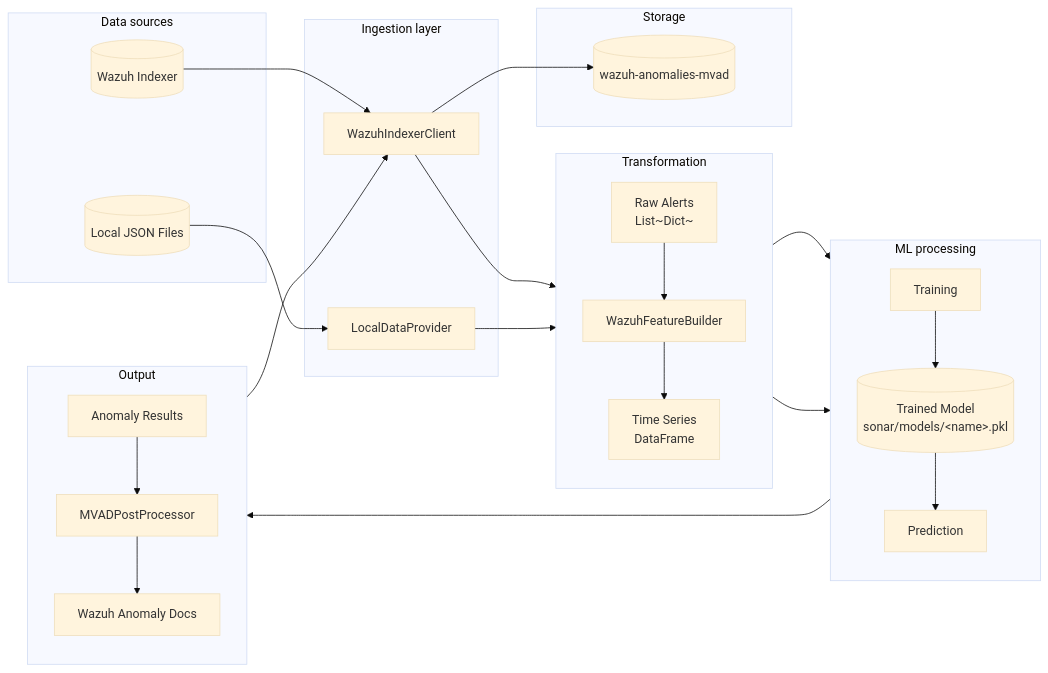
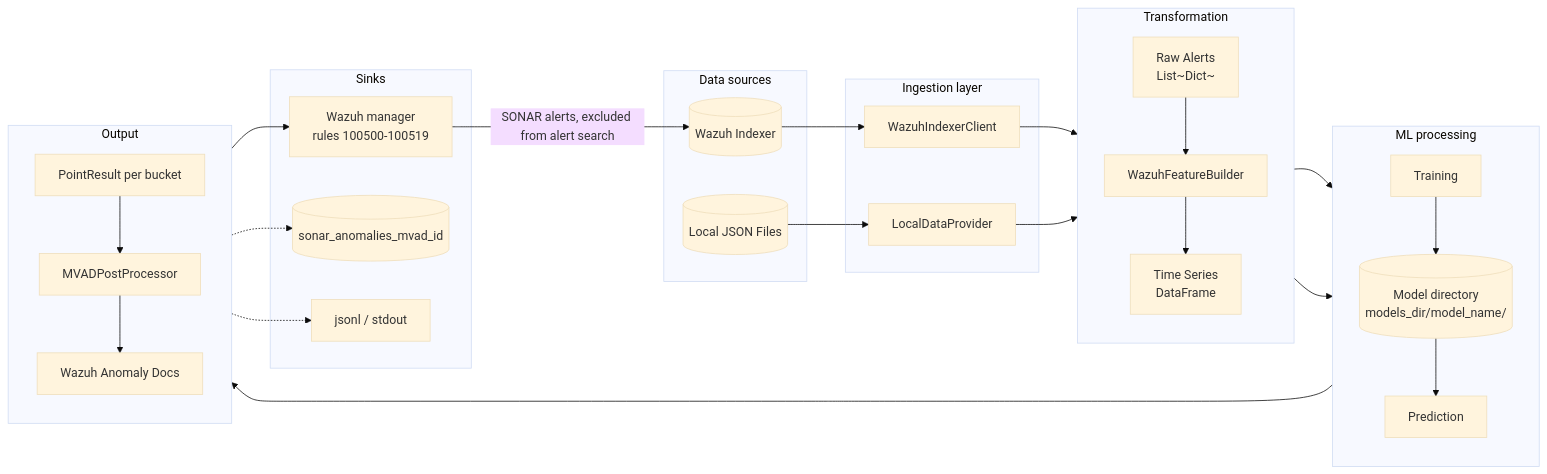
Before and after one commit to AbstractionsLab/idps-escape: the seventh of 9 diagrams in docs/manual/sonar_docs/uml-diagrams.md, drawn with Mermaid (base theme). The commit also changed other lines of this file and 682 other files, not shown here.

````diff
--- a/docs/manual/sonar_docs/uml-diagrams.md
+++ b/docs/manual/sonar_docs/uml-diagrams.md
@@ -483,58 +759,62 @@
 ```mermaid
 flowchart LR
     subgraph Input["Data sources"]
         WZ[(Wazuh Indexer)]
         LF[(Local JSON Files)]
     end
 
     subgraph Ingestion["Ingestion layer"]
         WC[WazuhIndexerClient]
         LP[LocalDataProvider]
     end
 
     subgraph Transform["Transformation"]
         direction TB
         RAW[Raw Alerts<br/>List~Dict~]
         TS[Time Series<br/>DataFrame]
         FB[WazuhFeatureBuilder]
     end
 
     subgraph ML["ML processing"]
         direction TB
         TRAIN[Training]
         PRED[Prediction]
-        MODEL[(Trained Model<br/>sonar/models/&lt;name&gt;.pkl)]
+        MODEL[("Model directory<br/>models_dir/model_name/")]
     end
 
     subgraph Output["Output"]
         direction TB
-        RESULTS[Anomaly Results]
+        RESULTS["PointResult per bucket"]
         PP[MVADPostProcessor]
         DOCS[Wazuh Anomaly Docs]
     end
 
-    subgraph Storage["Storage"]
-        ANOM[(wazuh-anomalies-mvad)]
+    subgraph Sinks["Sinks"]
+        MGR[Wazuh manager<br/>rules 100500-100519]
+        STREAM[(sonar_anomalies_mvad_id)]
+        LOCAL[jsonl / stdout]
     end
 
     %% Flow
     WZ --> WC
     LF --> LP
 
     WC --> RAW
     LP --> RAW
 
     RAW --> FB
     FB --> TS
 
     TS --> TRAIN
     TRAIN --> MODEL
     MODEL --> PRED
     TS --> PRED
 
     PRED --> RESULTS
     RESULTS --> PP
     PP --> DOCS
-    DOCS --> WC
-    WC --> ANOM
+    DOCS --> MGR
+    DOCS -.-> STREAM
+    DOCS -.-> LOCAL
+    MGR -->|SONAR alerts, excluded from alert search| WZ
 ```
````
